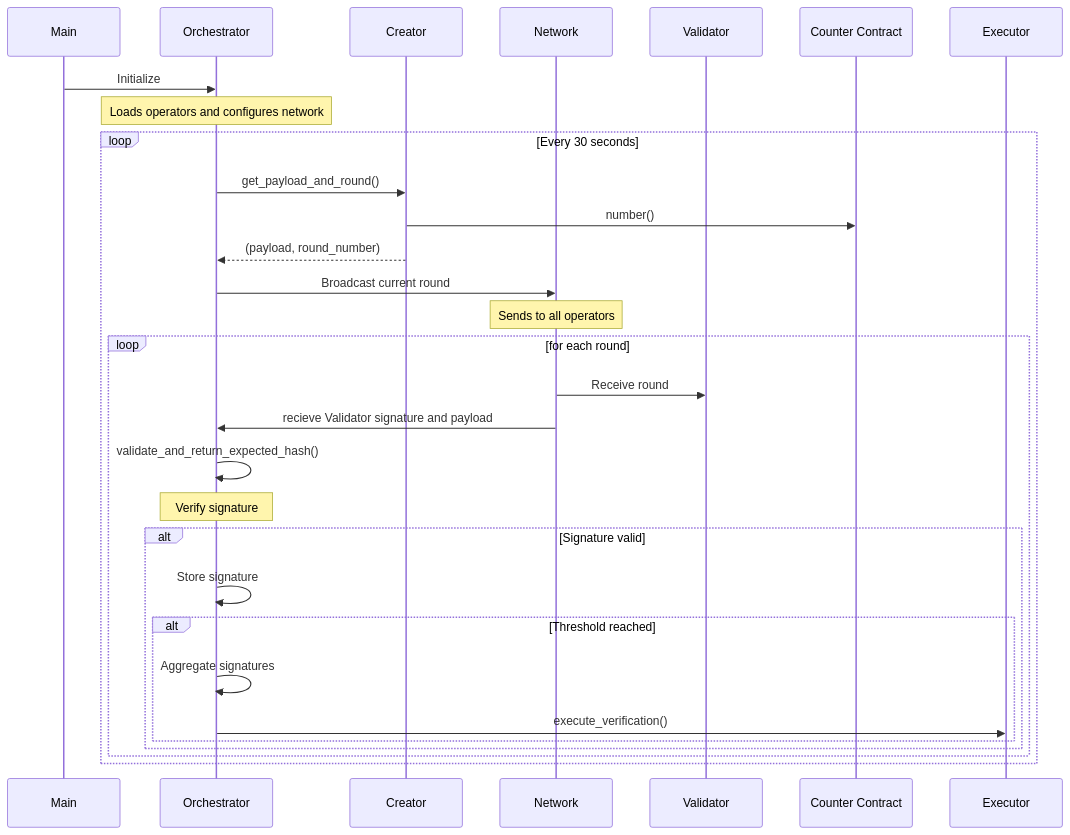
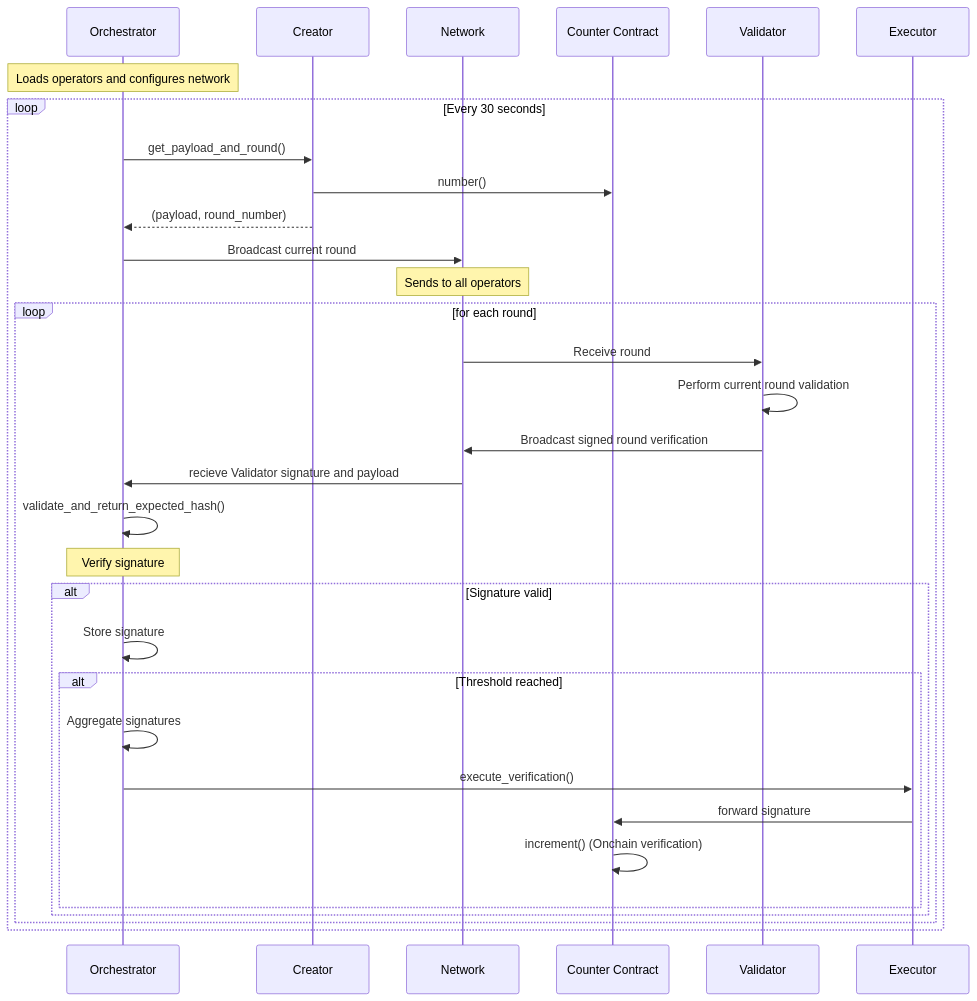
One commit to BreadchainCoop/commonware-avs-router changed the diagram in README.md. Above: the diagram before and after it, drawn with Mermaid.

Commit message:
docs: improving diagram legibility

````diff
--- a/README.md
+++ b/README.md
@@ -11,38 +11,39 @@
 ```mermaid
 sequenceDiagram
-    participant Main
     participant Orchestrator
     participant Creator
     participant Network
-    participant Validator
     participant Counter Contract
 
-    Main->>Orchestrator: Initialize
     Note over Orchestrator: Loads operators and configures network
     
     loop Every 30 seconds
         Orchestrator->>Creator: get_payload_and_round()
         Creator->>Counter Contract: number()
         Creator-->>Orchestrator: (payload, round_number)
         
         Orchestrator->>Network: Broadcast current round 
         Note over Network: Sends to all operators
         
         loop for each round
             Network->> Validator: Receive round
+            Validator ->> Validator : Perform current round validation
+            Validator ->> Network : Broadcast signed round verification
             Network->>Orchestrator: recieve Validator signature and payload
             Orchestrator ->> Orchestrator: validate_and_return_expected_hash()
             
             Note over Orchestrator: Verify signature
             
             alt Signature valid
                 Orchestrator->>Orchestrator: Store signature
                 
                 alt Threshold reached
                     Orchestrator->>Orchestrator: Aggregate signatures
                     Orchestrator->> Executor: execute_verification()
+                    Executor ->> Counter Contract : forward signature
+                    Counter Contract ->>  Counter Contract: increment() (Onchain verification) 
                 end
             end
         end
     end
 ```
````
